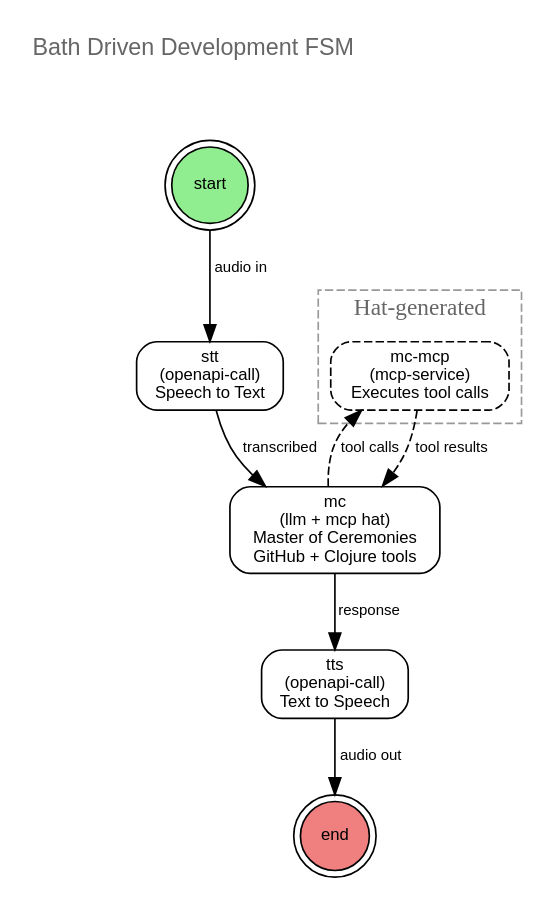
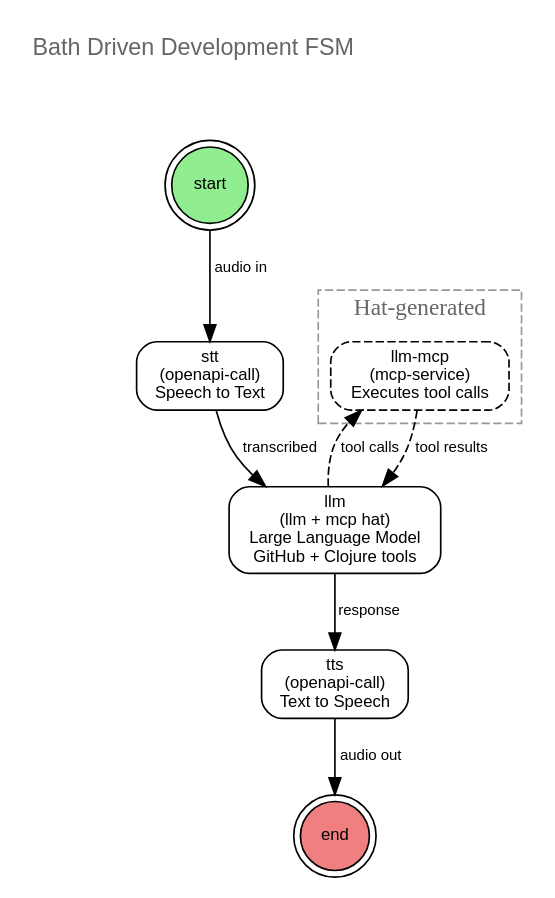
Before and after one commit to JulesGosnell/claij: the diagram in doc/bdd-fsm.dot, drawn with Graphviz. The commit also changed 11 other files, not shown here.

```diff
--- a/doc/bdd-fsm.dot
+++ b/doc/bdd-fsm.dot
@@ -1,39 +1,39 @@
 digraph "bdd" {
   rankdir=TB;
   node [shape=box, style=rounded, fontname="Helvetica", fontsize=10];
   edge [fontname="Helvetica", fontsize=9];
   
   // Title
   title [shape=plaintext label=<<FONT POINT-SIZE="14" COLOR="gray40">Bath Driven Development FSM</FONT>>];
   { rank=same title }
   title -> "start" [style=invis];
   
   // Terminal states
   "start" [shape=doublecircle, fillcolor=lightgreen, style=filled];
   "end"   [shape=doublecircle, fillcolor=lightcoral, style=filled];
 
   // Main states
   "stt" [label="stt\n(openapi-call)\nSpeech to Text"];
-  "mc" [label="mc\n(llm + mcp hat)\nMaster of Ceremonies\nGitHub + Clojure tools"];
+  "llm" [label="llm\n(llm + mcp hat)\nLarge Language Model\nGitHub + Clojure tools"];
   "tts" [label="tts\n(openapi-call)\nText to Speech"];
 
   // Hat-generated cluster
-  subgraph cluster_mc_hat {
+  subgraph cluster_llm_hat {
     label="Hat-generated";
     style=dashed;
     color=gray60;
     fontcolor=gray40;
     
-    "mc-mcp" [label="mc-mcp\n(mcp-service)\nExecutes tool calls" style="rounded,dashed"];
+    "llm-mcp" [label="llm-mcp\n(mcp-service)\nExecutes tool calls" style="rounded,dashed"];
   }
 
   // Main flow transitions
   "start" -> "stt" [label="audio in"];
-  "stt" -> "mc" [label="transcribed"];
-  "mc" -> "tts" [label="response"];
+  "stt" -> "llm" [label="transcribed"];
+  "llm" -> "tts" [label="response"];
   "tts" -> "end" [label="audio out"];
   
   // Hat transitions (dashed)
-  "mc" -> "mc-mcp" [label="tool calls" style=dashed];
-  "mc-mcp" -> "mc" [label="tool results" style=dashed];
+  "llm" -> "llm-mcp" [label="tool calls" style=dashed];
+  "llm-mcp" -> "llm" [label="tool results" style=dashed];
 }
```
